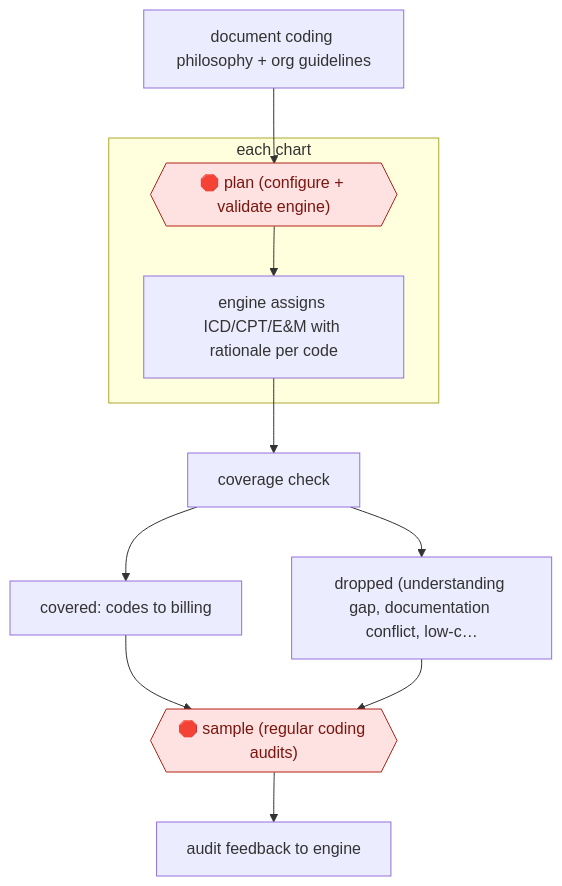
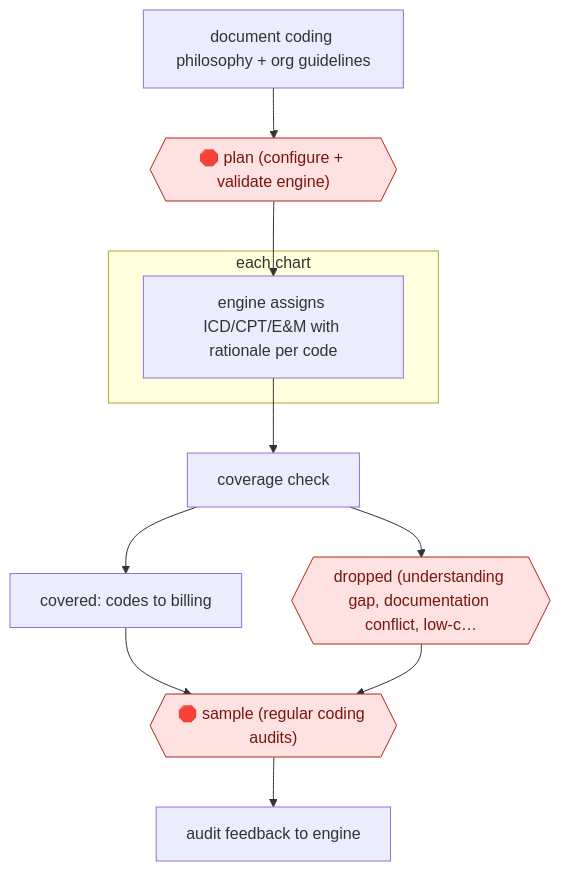
Before and after one commit to milesradford99/agent-workflow-atlas: the diagram in workflows/PRO/HLT/RCM/exception-routed-autonomous-coding/README.md, drawn with Mermaid. The commit also changed 171 other files, not shown here.

````diff
--- a/workflows/PRO/HLT/RCM/exception-routed-autonomous-coding/README.md
+++ b/workflows/PRO/HLT/RCM/exception-routed-autonomous-coding/README.md
@@ -31,22 +31,22 @@
 ```mermaid
 flowchart TD
   n1["document coding philosophy + org guidelines"]
   n2{{"🛑 plan (configure + validate engine)"}}:::stop
-  n1 --> n2
   subgraph s3["each chart"]
   n4["engine assigns ICD/CPT/E&M with rationale per code"]
-  n2 --> n4
   end
   n5["coverage check"]
+  n6["covered: codes to billing"]
+  n7{{"dropped (understanding gap, documentation conflict, low-c…"}}:::stop
+  n8{{"🛑 sample (regular coding audits)"}}:::stop
+  n9["audit feedback to engine"]
+  n1 --> n2
+  n2 --> n4
   n4 --> n5
-  n6["covered: codes to billing"]
   n5 --> n6
-  n7["dropped (understanding gap, documentation conflict, low-c…"]
   n5 --> n7
-  n8{{"🛑 sample (regular coding audits)"}}:::stop
   n6 --> n8
   n7 --> n8
-  n9["audit feedback to engine"]
   n8 --> n9
   classDef stop fill:#fde2e1,stroke:#b42318,color:#7a1610
 ```
````
